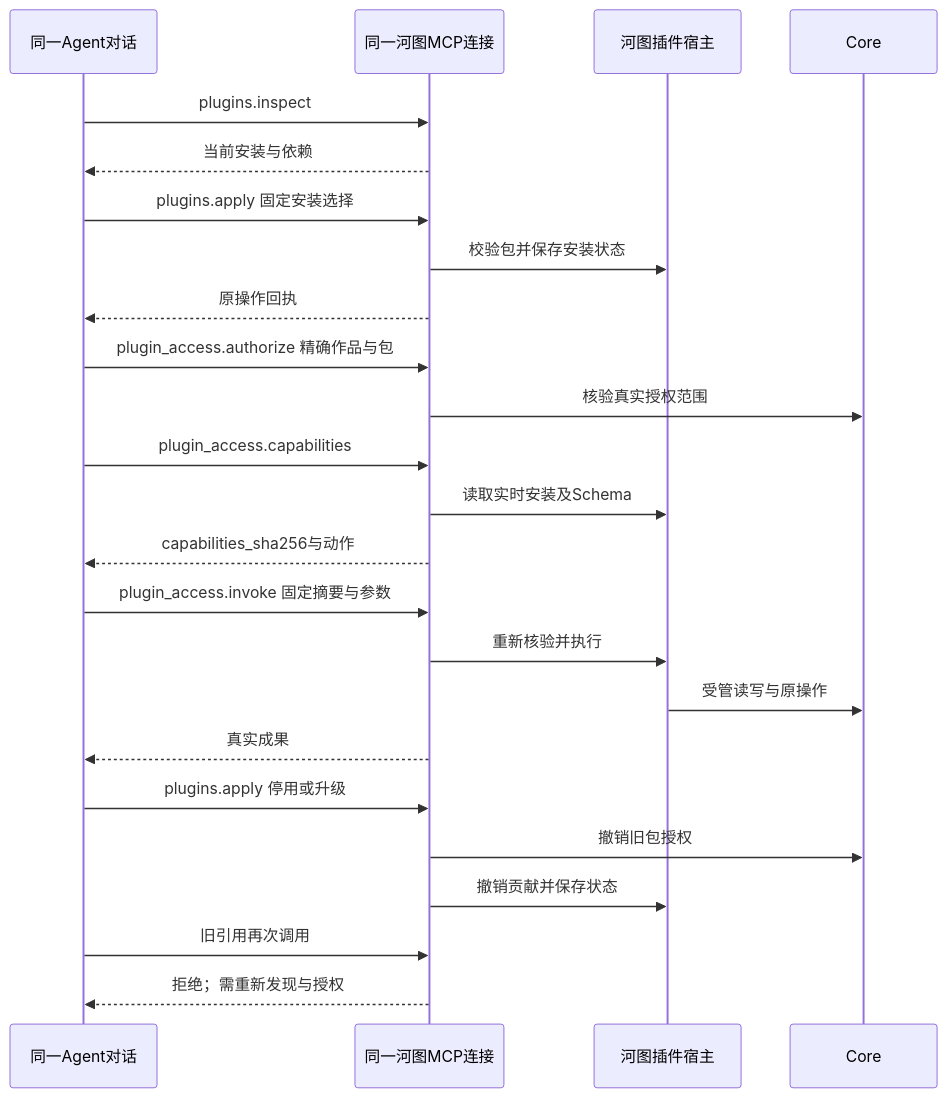
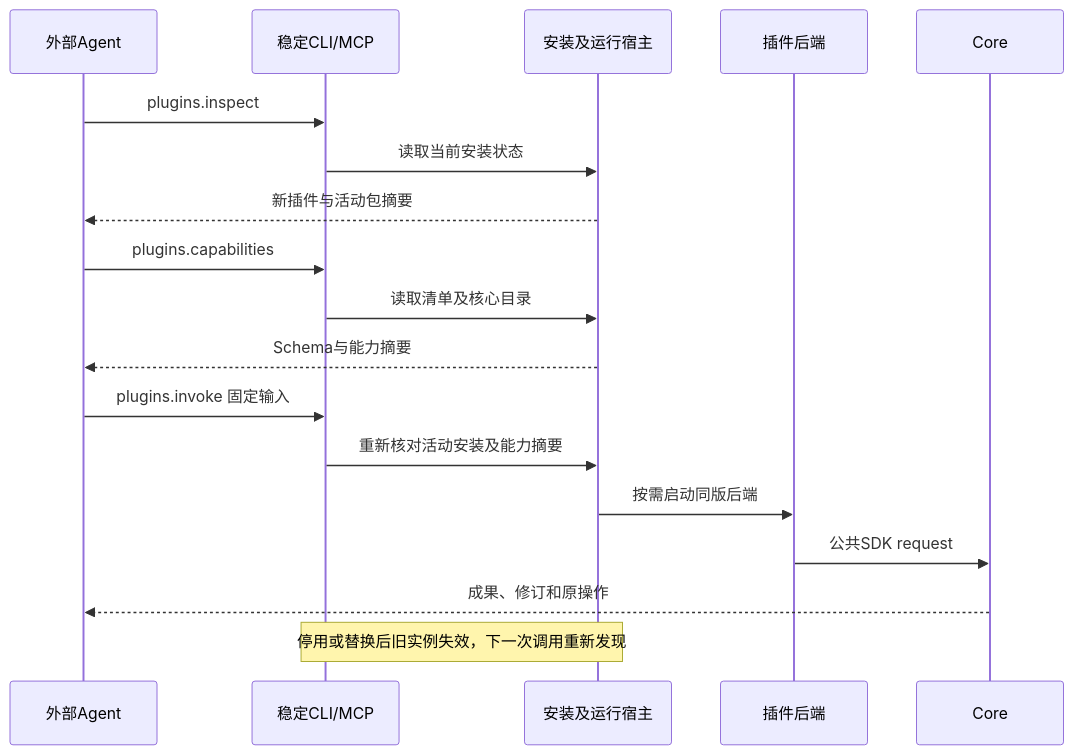
Before and after one commit to limecloud/hetu: the diagram in docs/plugin/21-核心格式与动态能力发现.md, drawn with Mermaid. The commit also changed other lines of this file and 168 other files, not shown here.

````diff
--- a/docs/plugin/21-核心格式与动态能力发现.md
+++ b/docs/plugin/21-核心格式与动态能力发现.md
@@ -86,26 +45,20 @@
 ```mermaid
 sequenceDiagram
-    participant A as 同一Agent对话
-    participant E as 同一河图MCP连接
-    participant H as 河图插件宿主
+    participant A as 外部Agent
+    participant E as 稳定CLI/MCP
+    participant H as 安装及运行宿主
+    participant P as 插件后端
     participant C as Core
     A->>E: plugins.inspect
-    E-->>A: 当前安装与依赖
-    A->>E: plugins.apply 固定安装选择
-    E->>H: 校验包并保存安装状态
-    E-->>A: 原操作回执
-    A->>E: plugin_access.authorize 精确作品与包
-    E->>C: 核验真实授权范围
-    A->>E: plugin_access.capabilities
-    E->>H: 读取实时安装及Schema
-    E-->>A: capabilities_sha256与动作
-    A->>E: plugin_access.invoke 固定摘要与参数
-    E->>H: 重新核验并执行
-    H->>C: 受管读写与原操作
-    E-->>A: 真实成果
-    A->>E: plugins.apply 停用或升级
-    E->>C: 撤销旧包授权
-    E->>H: 撤销贡献并保存状态
-    A->>E: 旧引用再次调用
-    E-->>A: 拒绝；需重新发现与授权
+    E->>H: 读取当前安装状态
+    H-->>A: 新插件与活动包摘要
+    A->>E: plugins.capabilities
+    E->>H: 读取清单及核心目录
+    H-->>A: Schema与能力摘要
+    A->>E: plugins.invoke 固定输入
+    E->>H: 重新核对活动安装及能力摘要
+    H->>P: 按需启动同版后端
+    P->>C: 公共SDK request
+    C-->>A: 成果、修订和原操作
+    Note over E,H: 停用或替换后旧实例失效，下一次调用重新发现
 ```
````
